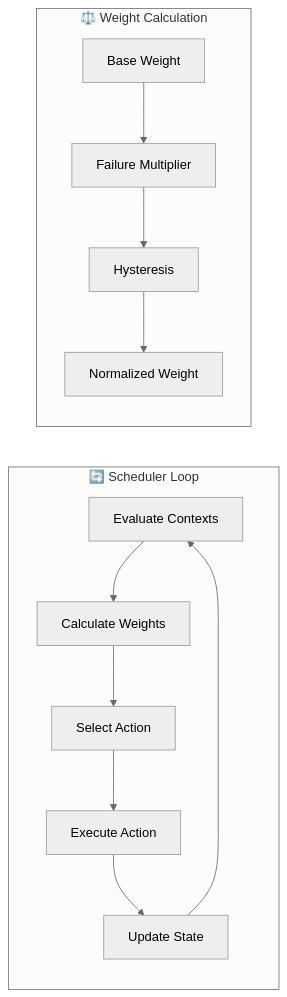
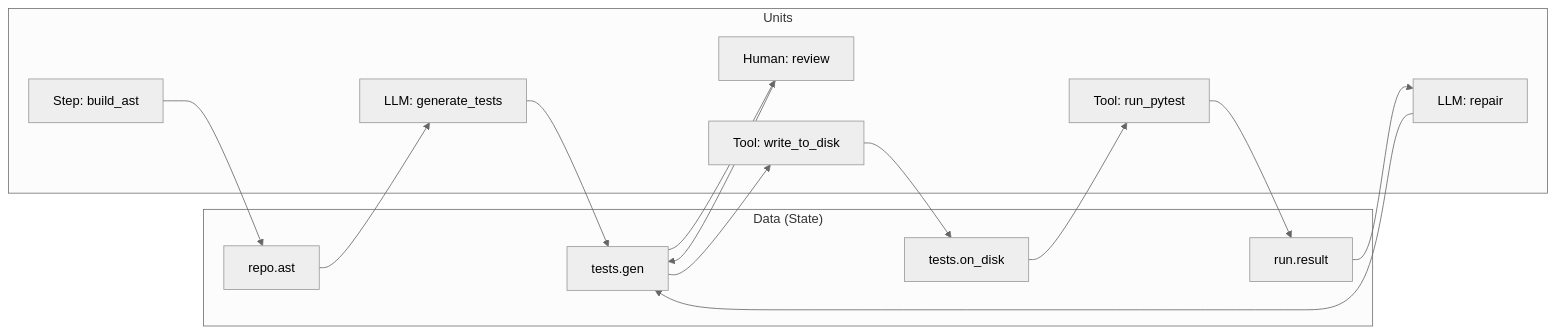
Before and after one commit to skishore23/ranger: the third of 4 diagrams in README.md, drawn with Mermaid (neutral theme). The commit also changed other lines of this file and 37 other files, not shown here.

````diff
--- a/README.md
+++ b/README.md
@@ -182,16 +242,14 @@
 ```mermaid
 graph LR
-    subgraph "🔄 Scheduler Loop"
-        A[Evaluate Contexts] --> B[Calculate Weights]
-        B --> C[Select Action]
-        C --> D[Execute Action]
-        D --> E[Update State]
-        E --> A
-    end
-    
-    subgraph "⚖️ Weight Calculation"
-        F[Base Weight] --> G[Failure Multiplier]
-        G --> H[Hysteresis]
-        H --> I[Normalized Weight]
-    end
+  subgraph "Data (State)"
+    A[repo.ast]; B[tests.gen]; C[tests.on_disk]; D[run.result]
+  end
+  subgraph "Units"
+    S1[Step: build_ast]; T1[LLM: generate_tests]; H1[Human: review]
+    T2[Tool: write_to_disk]; T3[Tool: run_pytest]; L1[LLM: repair]
+  end
+  S1 --> A
+  A --> T1 --> B
+  B --> H1 --> B
+  B --> T2 --> C --> T3 --> D --> L1 --> B
 ```
````
